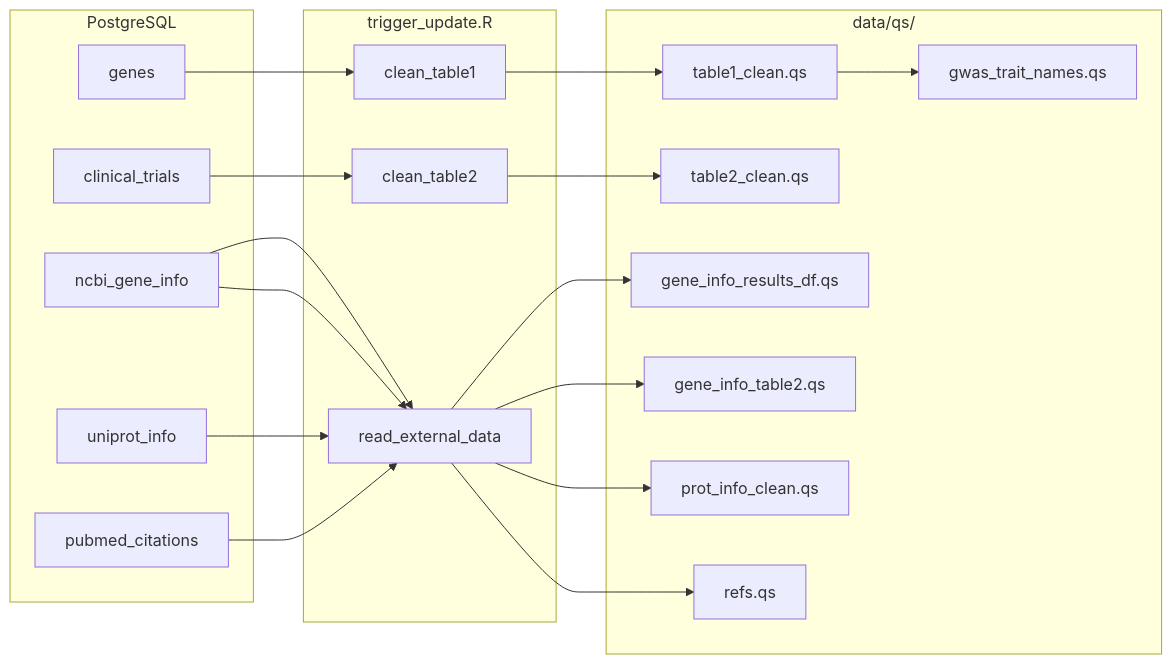
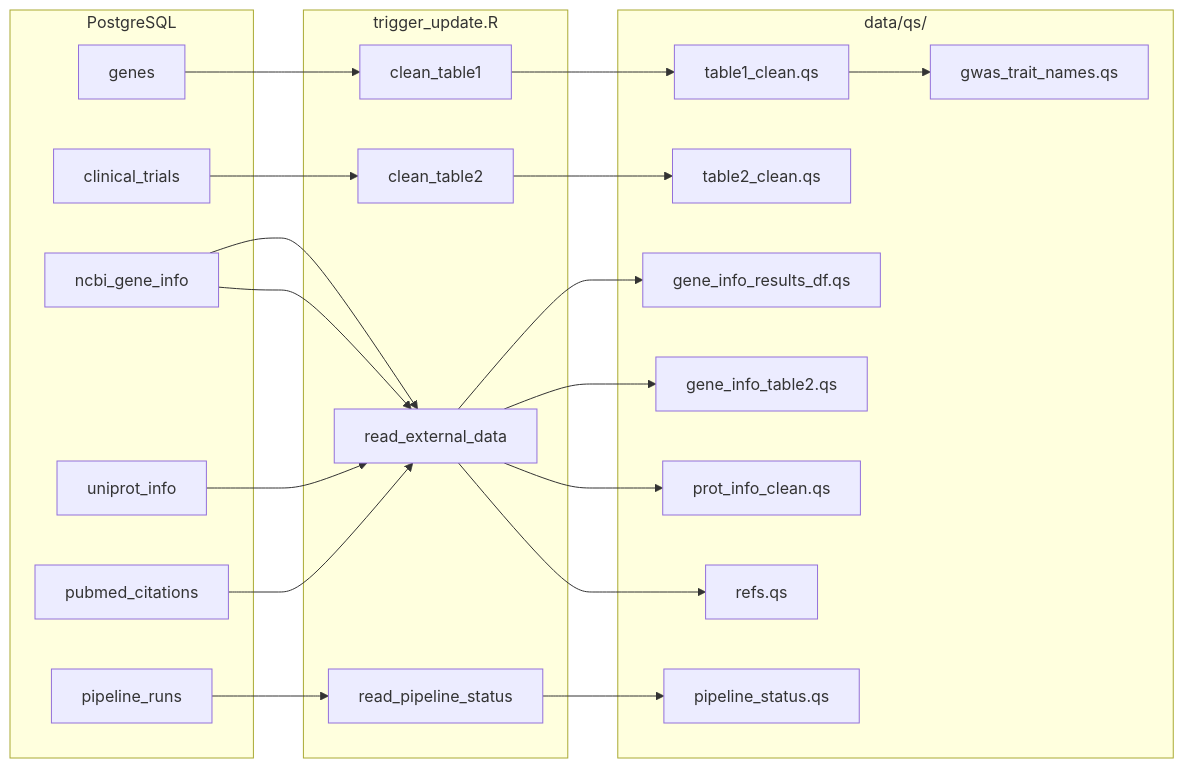
Before and after one commit to mathieubpoiriericm/icm-dashboard: the second of 2 diagrams in docs/python-etl-pipeline.md, drawn with Mermaid. The commit also changed other lines of this file and 1 other file, not shown here.

````diff
--- a/docs/python-etl-pipeline.md
+++ b/docs/python-etl-pipeline.md
@@ -397,34 +416,38 @@
 ```mermaid
 flowchart LR
     subgraph PostgreSQL
         G[genes]
         CT[clinical_trials]
         NI[ncbi_gene_info]
         UI[uniprot_info]
         PC[pubmed_citations]
+        PR[pipeline_runs]
     end
 
     subgraph trigger_update.R
         C1[clean_table1]
         C2[clean_table2]
         RD[read_external_data]
+        PS[read_pipeline_status]
     end
 
     subgraph "data/qs/"
         Q1[table1_clean.qs]
         Q2[table2_clean.qs]
         Q3[gene_info_results_df.qs]
         Q4[gene_info_table2.qs]
         Q5[prot_info_clean.qs]
         Q6[refs.qs]
         Q7[gwas_trait_names.qs]
+        Q8[pipeline_status.qs]
     end
 
     G --> C1 --> Q1
     CT --> C2 --> Q2
     NI --> RD --> Q3
     NI --> RD --> Q4
     UI --> RD --> Q5
     PC --> RD --> Q6
     Q1 --> Q7
+    PR --> PS --> Q8
 ```
````
